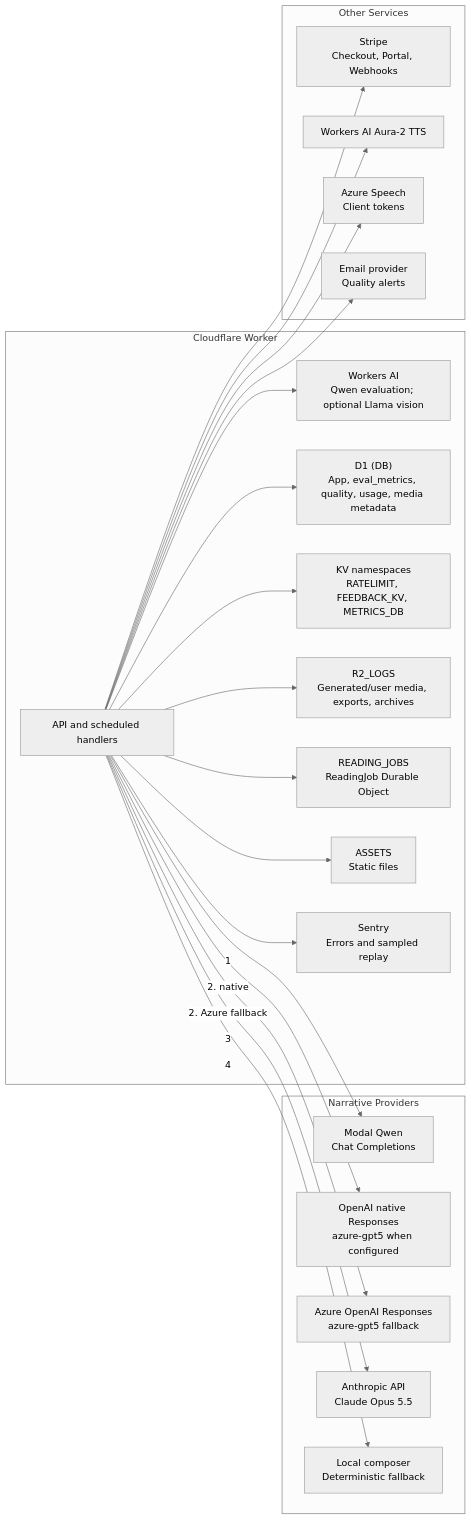
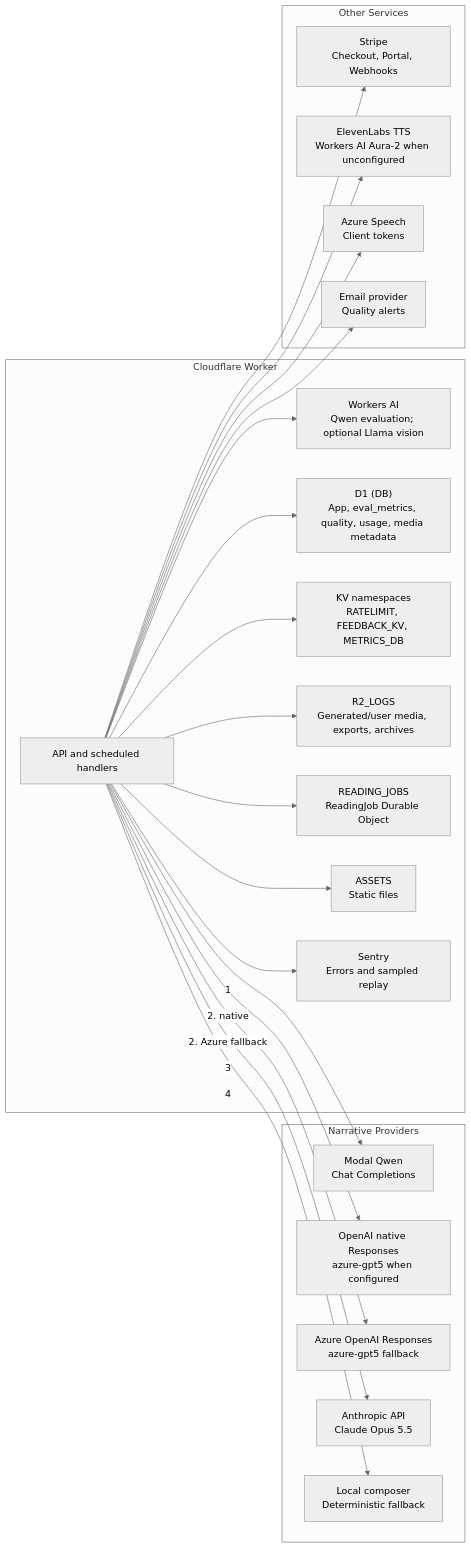
Diagram 16 of 17 in docs/architecture/full-system-diagrams.md (henryperkins/tarot), drawn with Mermaid (neutral theme) before and after one commit. The commit also changed other lines of this file and 11 other files, not shown here.

Commit message:
feat: add ElevenLabs v4 reading narration

````diff
--- a/docs/architecture/full-system-diagrams.md
+++ b/docs/architecture/full-system-diagrams.md
@@ -734,45 +734,45 @@
 ```mermaid
 graph LR
     subgraph NarrativeProviders["Narrative Providers"]
         Modal["Modal Qwen<br/>Chat Completions"]
         OpenAI["OpenAI native Responses<br/>azure-gpt5 when configured"]
         Azure["Azure OpenAI Responses<br/>azure-gpt5 fallback"]
         Claude["Anthropic API<br/>Claude Opus 5.5"]
         Local["Local composer<br/>Deterministic fallback"]
     end
 
     subgraph Worker["Cloudflare Worker"]
         API["API and scheduled handlers"]
         AI["Workers AI<br/>Qwen evaluation; optional Llama vision"]
         D1["D1 (DB)<br/>App, eval_metrics, quality, usage, media metadata"]
         KV["KV namespaces<br/>RATELIMIT, FEEDBACK_KV, METRICS_DB"]
         R2["R2_LOGS<br/>Generated/user media, exports, archives"]
         DO["READING_JOBS<br/>ReadingJob Durable Object"]
         Assets["ASSETS<br/>Static files"]
         Sentry["Sentry<br/>Errors and sampled replay"]
     end
 
     subgraph OtherServices["Other Services"]
         Stripe["Stripe<br/>Checkout, Portal, Webhooks"]
-        AuraTTS["Workers AI Aura-2 TTS"]
+        ReaderTTS["ElevenLabs TTS<br/>Workers AI Aura-2 when unconfigured"]
         AzureSpeech["Azure Speech<br/>Client tokens"]
         Email["Email provider<br/>Quality alerts"]
     end
 
     API -->|1| Modal
     API -->|2. native| OpenAI
     API -->|2. Azure fallback| Azure
     API -->|3| Claude
     API -->|4| Local
     API --> AI
     API --> D1
     API --> KV
     API --> R2
     API --> DO
     API --> Assets
     API --> Sentry
     API --> Stripe
-    API --> AuraTTS
+    API --> ReaderTTS
     API --> AzureSpeech
     API --> Email
 ```
````
